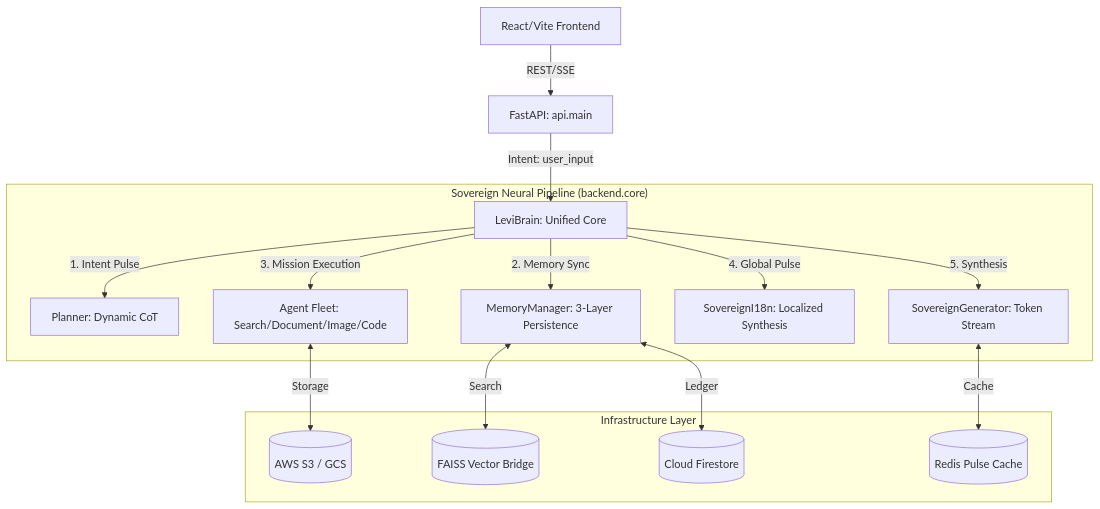
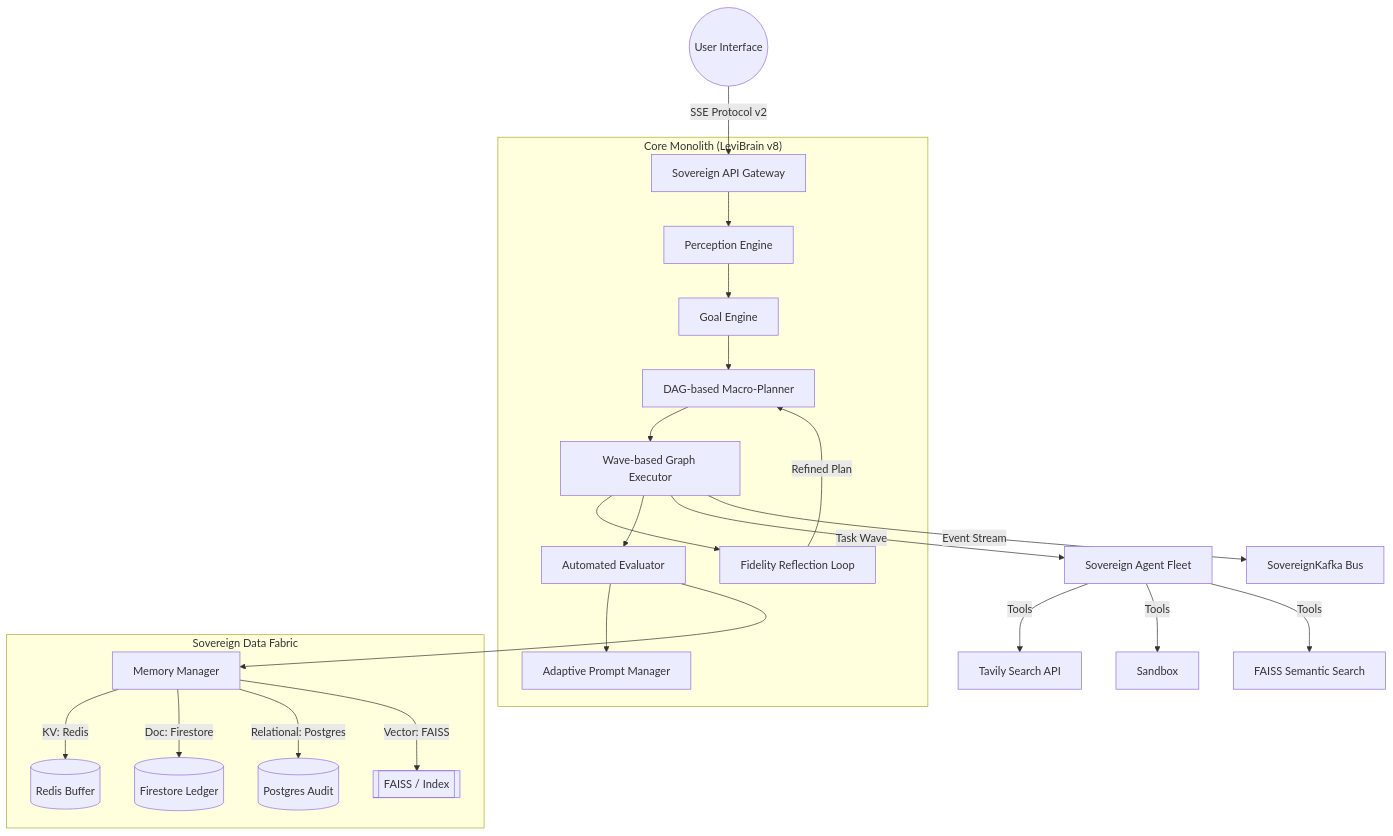
One commit to Blackdrg/levi-ai-innovate changed the first of 3 diagrams in README.md. Above: the diagram before and after it, drawn with Mermaid. The commit also changed other lines of this file and 132 other files, not shown here.

First line of the commit message:
feat(core): LeviBrain v8 Cognitive Monolith - Extreme Fidelity Update

````diff
--- a/README.md
+++ b/README.md
@@ -71,20 +50,39 @@
 ```mermaid
 graph TD
-    Client[React/Vite Frontend] -->|REST/SSE| API[FastAPI: api.main]
-    API -->|Intent: user_input| Brain[LeviBrain: Unified Core]
+    %% Global Entry Layer
+    User((User Interface)) -->|SSE Protocol v2| Gateway[Sovereign API Gateway]
     
-    subgraph "Sovereign Neural Pipeline (backend.core)"
-        Brain -->|1. Intent Pulse| Planner[Planner: Dynamic CoT]
-        Brain -->|2. Memory Sync| Memory[MemoryManager: 3-Layer Persistence]
-        Brain -->|3. Mission Execution| Fleet[Agent Fleet: Search/Document/Image/Code]
-        Brain -->|4. Global Pulse| i18n[SovereignI18n: Localized Synthesis]
-        Brain -->|5. Synthesis| Final[SovereignGenerator: Token Stream]
+    %% Cognitive Monolith v8
+    subgraph "Core Monolith (LeviBrain v8)"
+        Gateway --> Perception[Perception Engine]
+        Perception --> Goal[Goal Engine]
+        Goal --> Planner[DAG-based Macro-Planner]
+        Planner --> Executor[Wave-based Graph Executor]
+        
+        %% Recursive Feedback Loop
+        Executor --> Reflection[Fidelity Reflection Loop]
+        Reflection -->|Refined Plan| Planner
+        
+        %% Audit & Evaluate
+        Executor --> Auditor[Automated Evaluator]
+        Auditor --> Learning[Adaptive Prompt Manager]
     end
-
-    subgraph "Infrastructure Layer"
-        Fleet <--Storage--> S3[(AWS S3 / GCS)]
-        Memory <--Search--> VectorDB[(FAISS Vector Bridge)]
-        Memory <--Ledger--> Firestore[(Cloud Firestore)]
-        Final <--Cache--> Redis[(Redis Pulse Cache)]
+    
+    %% Multi-Agent Task Force
+    Executor -->|Task Wave| Agents[Sovereign Agent Fleet]
+    Agents -->|Tools| Search[Tavily Search API]
+    Agents -->|Tools| Code[Sandbox]
+    Agents -->|Tools| Vector[FAISS Semantic Search]
+    
+    %% Resonant Memory Infrastructure (Multi-Store)
+    subgraph "Sovereign Data Fabric"
+        Auditor --> Memory[Memory Manager]
+        Memory -->|KV: Redis| Redis[(Redis Buffer)]
+        Memory -->|Doc: Firestore| Firestore[(Firestore Ledger)]
+        Memory -->|Relational: Postgres| Postgres[(Postgres Audit)]
+        Memory -->|Vector: FAISS| FAISS_V[[FAISS / Index]]
     end
+    
+    %% Distributed Telemetry Bus
+    Executor -->|Event Stream| Kafka[SovereignKafka Bus]
 ```
````
